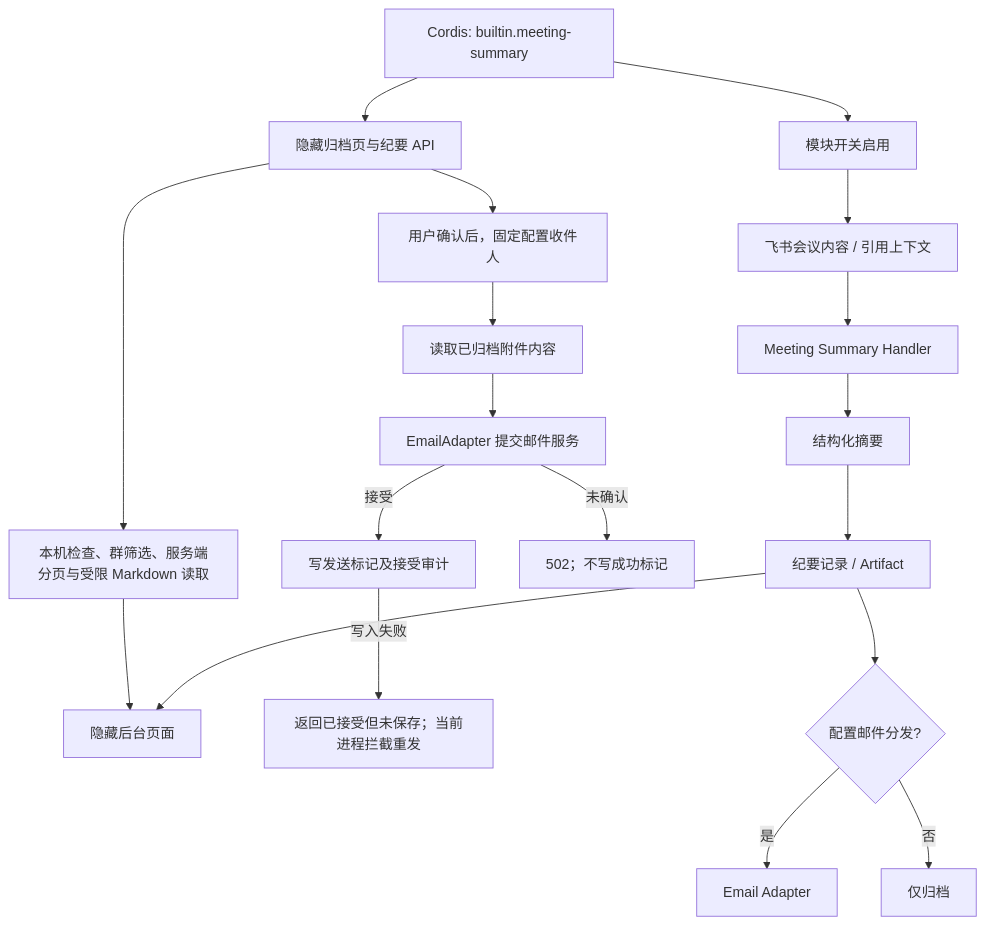
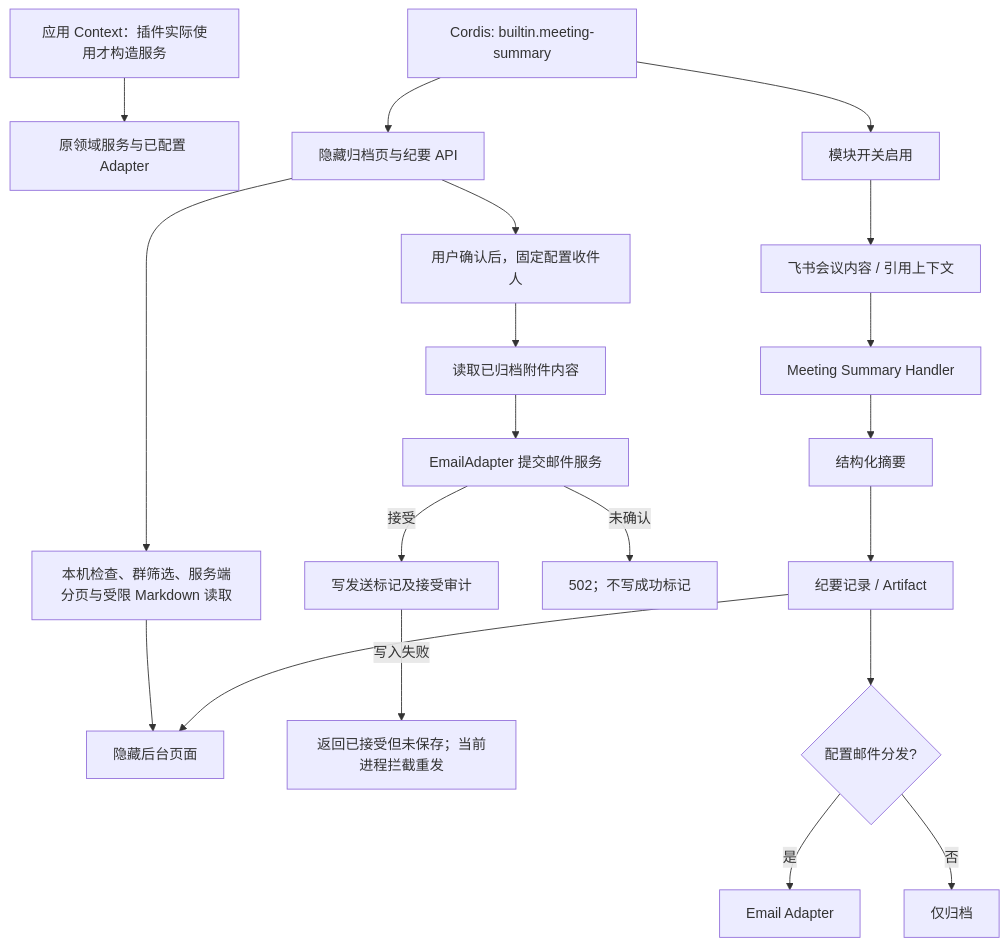
The diagram in backend/src/services/messageHandler/meeting-summary/FEATURE.md (KlayPeter/AI-Delivery-Ops-Agent), drawn with Mermaid before and after one commit. The commit also changed other lines of this file and 31 other files, not shown here.

Commit message:
refactor: isolate legacy service construction and reply inference

````diff
--- a/backend/src/services/messageHandler/meeting-summary/FEATURE.md
+++ b/backend/src/services/messageHandler/meeting-summary/FEATURE.md
@@ -21,21 +21,22 @@
 ```mermaid
 flowchart TD
+    LAZY_CONTEXT[应用 Context：插件实际使用才构造服务] --> LEGACY_SERVICE[原领域服务与已配置 Adapter]
     PL["Cordis: builtin.meeting-summary"] --> A
     PL --> WEB[隐藏归档页与纪要 API]
     WEB --> READ[本机检查、群筛选、服务端分页与受限 Markdown 读取]
     READ --> F
     WEB --> SEND[用户确认后，固定配置收件人]
     SEND --> ATT[读取已归档附件内容]
     ATT --> SMTP[EmailAdapter 提交邮件服务]
     SMTP -- 接受 --> FLAG[写发送标记及接受审计]
     SMTP -- 未确认 --> FAIL[502；不写成功标记]
     FLAG -- 写入失败 --> UNKNOWN[返回已接受但未保存；当前进程拦截重发]
     A["模块开关启用"] --> B["飞书会议内容 / 引用上下文"]
     B --> C["Meeting Summary Handler"]
     C --> D["结构化摘要"]
     D --> E["纪要记录 / Artifact"]
     E --> F["隐藏后台页面"]
     E --> G{"配置邮件分发?"}
     G -- 是 --> H["Email Adapter"]
     G -- 否 --> I["仅归档"]
 ```
````
